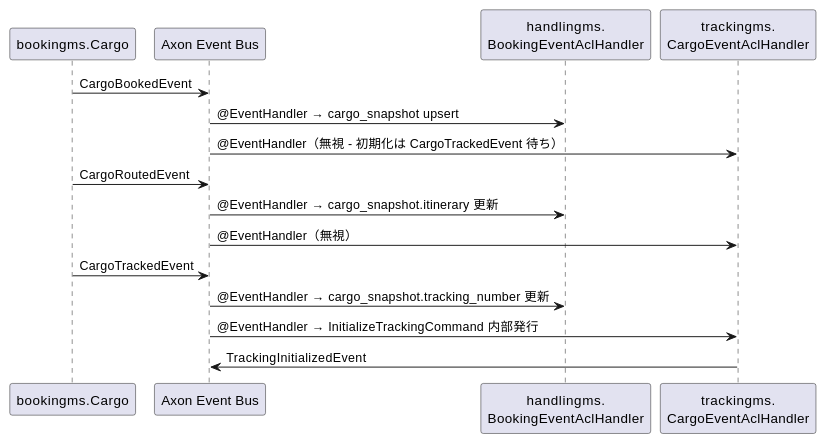
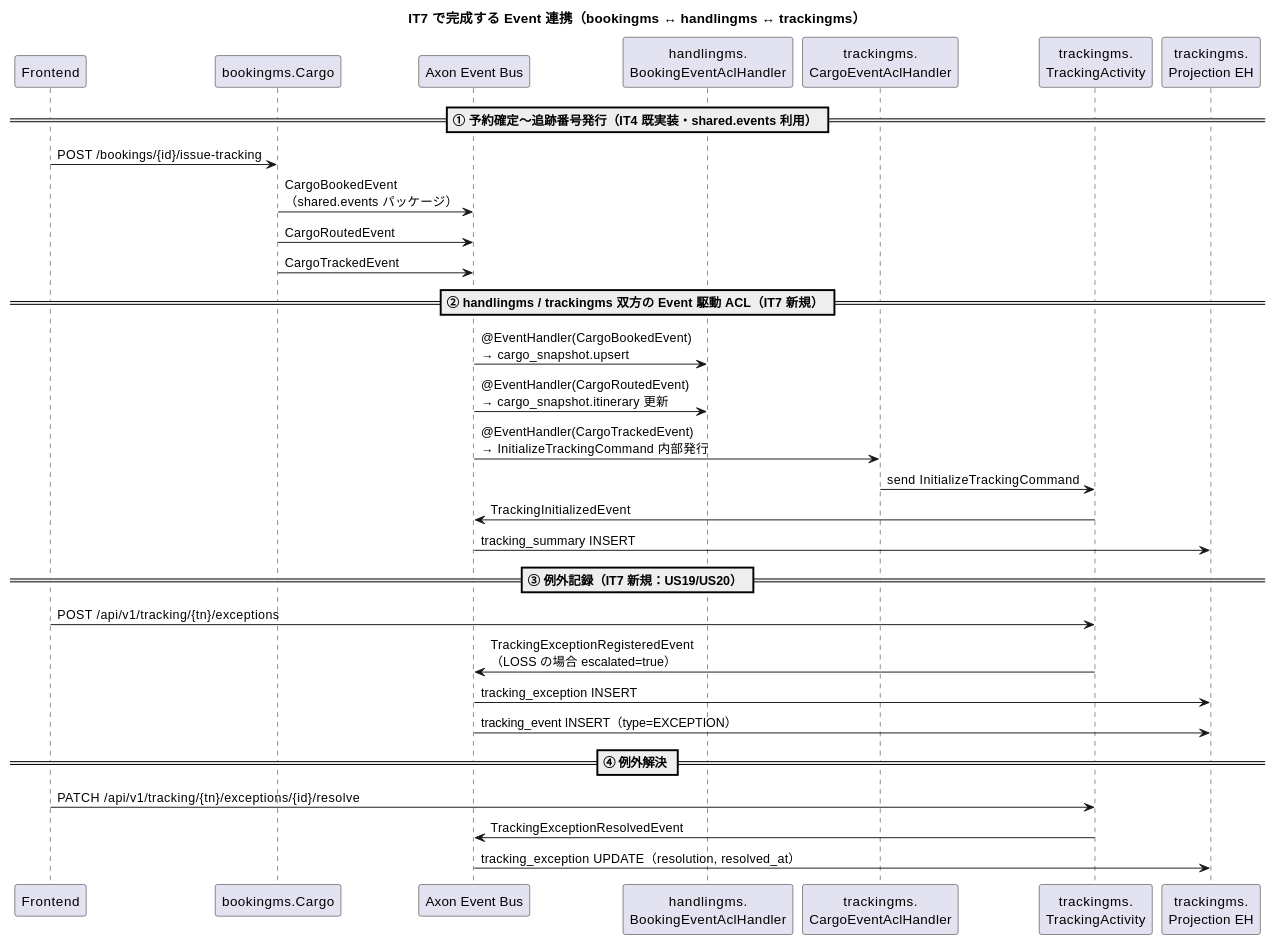
The fifth of 10 diagrams in docs/development/iteration_plan-7.md (k2works/case-study-cargo-tracker), drawn with PlantUML before and after one commit. The commit also changed other lines of this file, not shown here.

````diff
--- a/docs/development/iteration_plan-7.md
+++ b/docs/development/iteration_plan-7.md
@@ -254,21 +405,38 @@
 ```plantuml
 @startuml
+title IT7 で完成する Event 連携（bookingms ↔ handlingms ↔ trackingms）
+
+participant "Frontend" as F
 participant "bookingms.Cargo" as B
 participant "Axon Event Bus" as AS
 participant "handlingms.\nBookingEventAclHandler" as H
 participant "trackingms.\nCargoEventAclHandler" as T
+participant "trackingms.\nTrackingActivity" as TA
+participant "trackingms.\nProjection EH" as TP
 
-B -> AS : CargoBookedEvent
-AS -> H : @EventHandler → cargo_snapshot upsert
-AS -> T : @EventHandler（無視 - 初期化は CargoTrackedEvent 待ち）
+== ① 予約確定〜追跡番号発行（IT4 既実装・shared.events 利用） ==
+F -> B : POST /bookings/{id}/issue-tracking
+B -> AS : CargoBookedEvent\n（shared.events パッケージ）
+B -> AS : CargoRoutedEvent
+B -> AS : CargoTrackedEvent
 
-B -> AS : CargoRoutedEvent
-AS -> H : @EventHandler → cargo_snapshot.itinerary 更新
-AS -> T : @EventHandler（無視）
+== ② handlingms / trackingms 双方の Event 駆動 ACL（IT7 新規） ==
+AS -> H : @EventHandler(CargoBookedEvent)\n→ cargo_snapshot.upsert
+AS -> H : @EventHandler(CargoRoutedEvent)\n→ cargo_snapshot.itinerary 更新
+AS -> T : @EventHandler(CargoTrackedEvent)\n→ InitializeTrackingCommand 内部発行
+T -> TA : send InitializeTrackingCommand
+TA -> AS : TrackingInitializedEvent
+AS -> TP : tracking_summary INSERT
 
-B -> AS : CargoTrackedEvent
-AS -> H : @EventHandler → cargo_snapshot.tracking_number 更新
-AS -> T : @EventHandler → InitializeTrackingCommand 内部発行
-T -> AS : TrackingInitializedEvent
+== ③ 例外記録（IT7 新規：US19/US20） ==
+F -> TA : POST /api/v1/tracking/{tn}/exceptions
+TA -> AS : TrackingExceptionRegisteredEvent\n（LOSS の場合 escalated=true）
+AS -> TP : tracking_exception INSERT
+AS -> TP : tracking_event INSERT（type=EXCEPTION）
+
+== ④ 例外解決 ==
+F -> TA : PATCH /api/v1/tracking/{tn}/exceptions/{id}/resolve
+TA -> AS : TrackingExceptionResolvedEvent
+AS -> TP : tracking_exception UPDATE（resolution, resolved_at）
 @enduml
 ```
````
